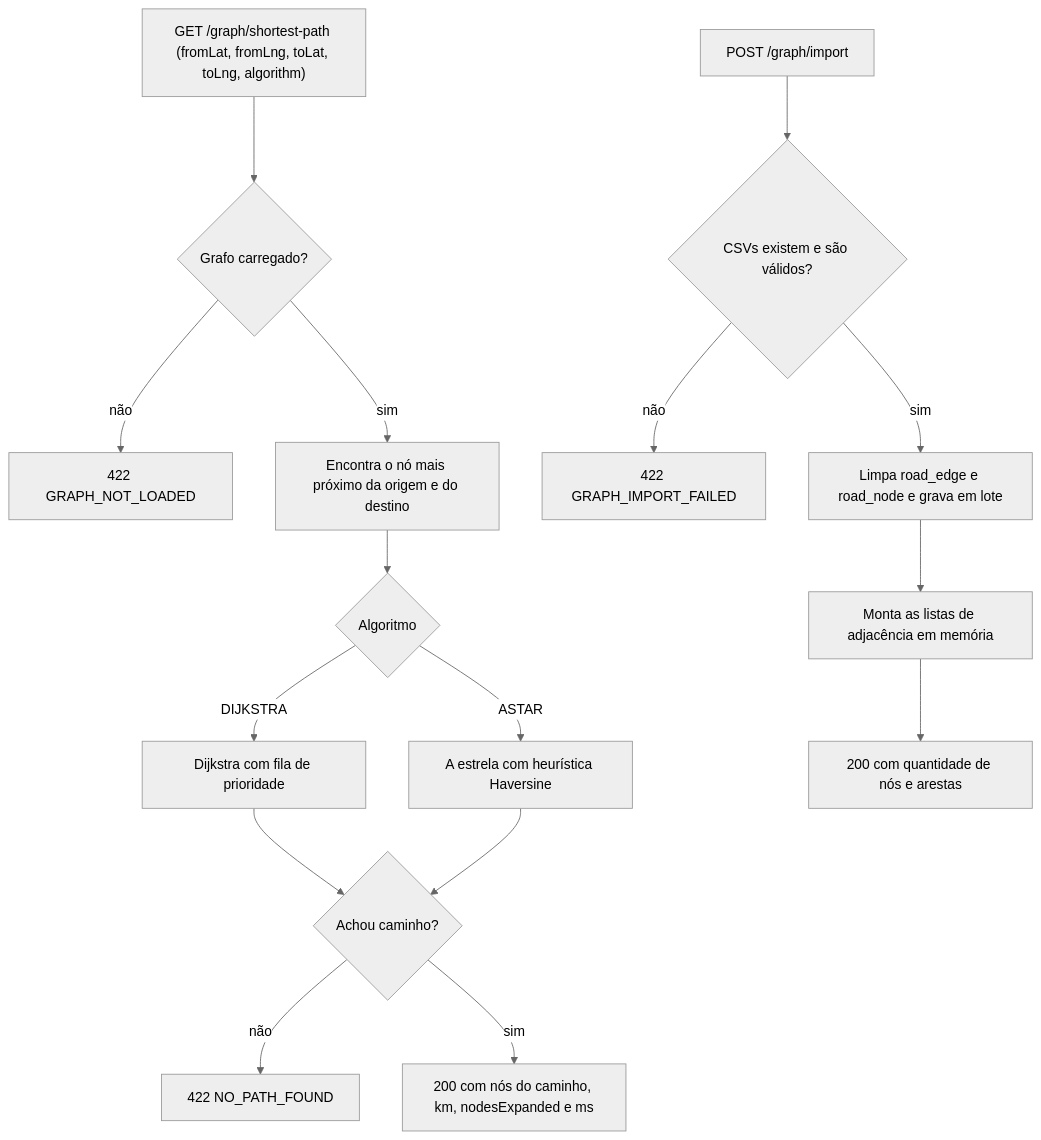
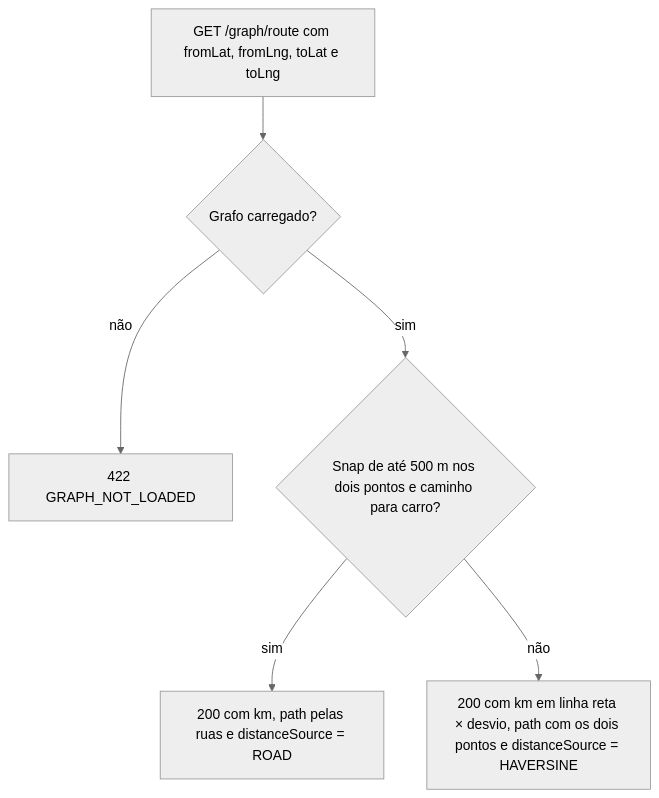
The seventh of 7 diagrams in docs/flows/backend/flow-roteirizacao.md (Edryck/kj-fleets), drawn with Mermaid (neutral theme) before and after one commit. The commit also changed other lines of this file and 10 other files, not shown here.

First line of the commit message:
docs(routing): documenta o modo road com GraphHopper

````diff
--- a/docs/flows/backend/flow-roteirizacao.md
+++ b/docs/flows/backend/flow-roteirizacao.md
@@ -105,19 +143,8 @@
 ```mermaid
 flowchart TD
-    A["GET /graph/shortest-path (fromLat, fromLng, toLat, toLng, algorithm)"] --> B{"Grafo carregado?"}
+    A["GET /graph/route com fromLat, fromLng, toLat e toLng"] --> B{"Grafo carregado?"}
     B -- não --> E1["422 GRAPH_NOT_LOADED"]
-    B -- sim --> C["Encontra o nó mais próximo da origem e do destino"]
-    C --> D{"Algoritmo"}
-    D -- DIJKSTRA --> F1["Dijkstra com fila de prioridade"]
-    D -- ASTAR --> F2["A estrela com heurística Haversine"]
-    F1 --> G{"Achou caminho?"}
-    F2 --> G
-    G -- não --> E2["422 NO_PATH_FOUND"]
-    G -- sim --> OK["200 com nós do caminho, km, nodesExpanded e ms"]
-
-    I["POST /graph/import"] --> J{"CSVs existem e são válidos?"}
-    J -- não --> E3["422 GRAPH_IMPORT_FAILED"]
-    J -- sim --> K["Limpa road_edge e road_node e grava em lote"]
-    K --> L["Monta as listas de adjacência em memória"]
-    L --> M["200 com quantidade de nós e arestas"]
+    B -- sim --> C{"Snap de até 500 m nos dois pontos e caminho para carro?"}
+    C -- sim --> OK1["200 com km, path pelas ruas e distanceSource = ROAD"]
+    C -- não --> OK2["200 com km em linha reta × desvio, path com os dois pontos e distanceSource = HAVERSINE"]
 ```
````
